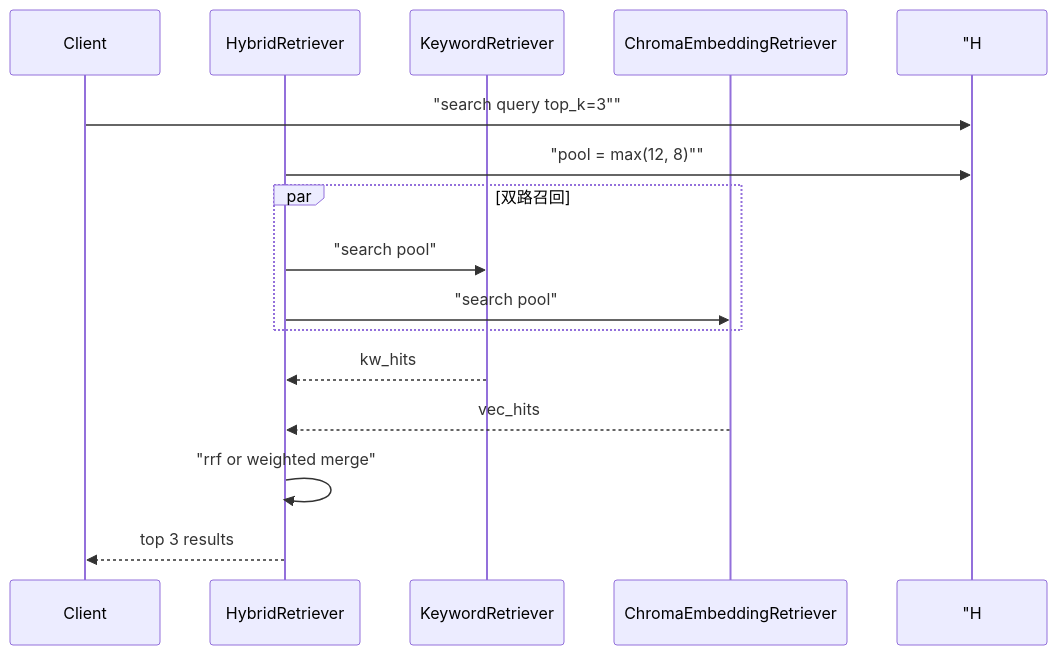
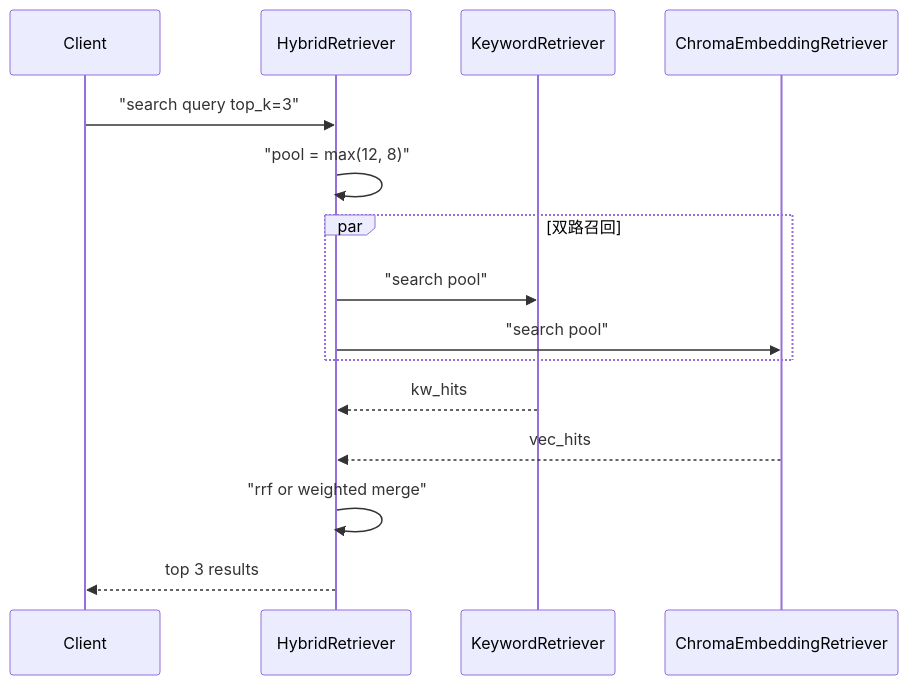
Before and after one commit to ab6539763/70_days_course_plus: the first of 2 diagrams in course/day31/04_流程图与示意图.md, drawn with Mermaid. The commit also changed 80 other files, not shown here.

First line of the commit message:
fix(course): 修复 Mermaid 图表渲染报错 + 同步嵌入代码快照

````diff
--- a/course/day31/04_流程图与示意图.md
+++ b/course/day31/04_流程图与示意图.md
@@ -5,17 +5,17 @@
 ```mermaid
 sequenceDiagram
     participant U as Client
     participant H as HybridRetriever
     participant K as KeywordRetriever
     participant V as ChromaEmbeddingRetriever
-    U->> "H: "search query top_k=3""
-    H->> "H: "pool = max(12, 8)""
+    U->>H: "search query top_k=3"
+    H->>H: "pool = max(12, 8)"
     par 双路召回
         H->>K: "search pool"
         H->>V: "search pool"
     end
     K-->>H: kw_hits
     V-->>H: vec_hits
     H->>H: "rrf or weighted merge"
     H-->>U: top 3 results
 ```
````
